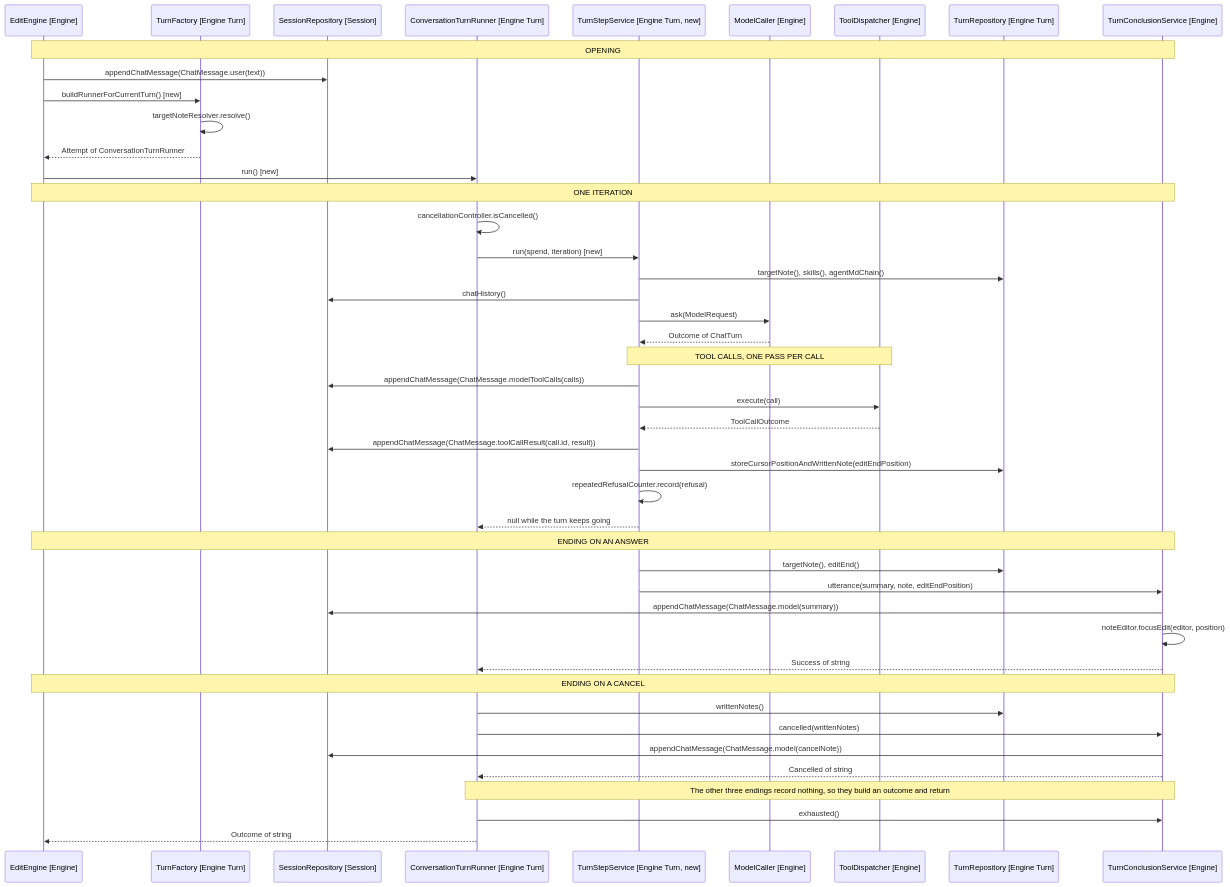
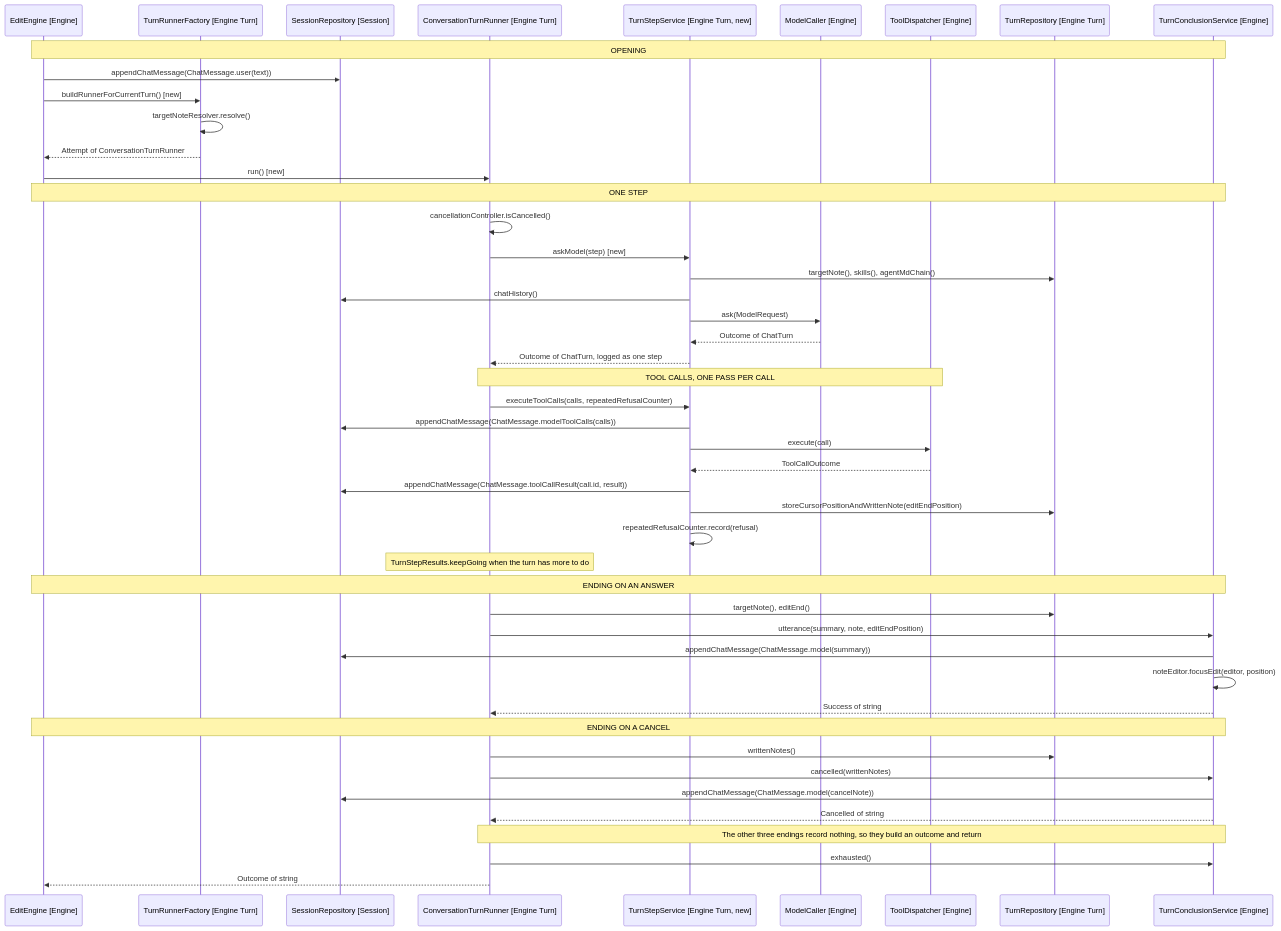
The diagram in docs/spec/17-layering/6-design-turn-sequence.md (iparips/obsidian-owl), drawn with Mermaid before and after one commit. The commit also changed other lines of this file and 5 other files, not shown here.

````diff
--- a/docs/spec/17-layering/6-design-turn-sequence.md
+++ b/docs/spec/17-layering/6-design-turn-sequence.md
@@ -7,53 +7,55 @@
 ```mermaid
 sequenceDiagram
     participant Engine as EditEngine [Engine]
-    participant Factory as TurnFactory [Engine Turn]
+    participant Factory as TurnRunnerFactory [Engine Turn]
     participant Session as SessionRepository [Session]
     participant Turn as ConversationTurnRunner [Engine Turn]
     participant StepService as TurnStepService [Engine Turn, new]
     participant Caller as ModelCaller [Engine]
     participant Dispatcher as ToolDispatcher [Engine]
     participant TurnRepo as TurnRepository [Engine Turn]
     participant Conclusion as TurnConclusionService [Engine]
 
     Note over Engine,Conclusion: OPENING
     Engine->>Session: appendChatMessage(ChatMessage.user(text))
     Engine->>Factory: buildRunnerForCurrentTurn() [new]
     Factory->>Factory: targetNoteResolver.resolve()
     Factory-->>Engine: Attempt of ConversationTurnRunner
     Engine->>Turn: run() [new]
 
-    Note over Engine,Conclusion: ONE ITERATION
+    Note over Engine,Conclusion: ONE STEP
     Turn->>Turn: cancellationController.isCancelled()
-    Turn->>StepService: run(spend, iteration) [new]
+    Turn->>StepService: askModel(step) [new]
     StepService->>TurnRepo: targetNote(), skills(), agentMdChain()
     StepService->>Session: chatHistory()
     StepService->>Caller: ask(ModelRequest)
     Caller-->>StepService: Outcome of ChatTurn
+    StepService-->>Turn: Outcome of ChatTurn, logged as one step
 
-    Note over StepService,Dispatcher: TOOL CALLS, ONE PASS PER CALL
+    Note over Turn,Dispatcher: TOOL CALLS, ONE PASS PER CALL
+    Turn->>StepService: executeToolCalls(calls, repeatedRefusalCounter)
     StepService->>Session: appendChatMessage(ChatMessage.modelToolCalls(calls))
     StepService->>Dispatcher: execute(call)
     Dispatcher-->>StepService: ToolCallOutcome
     StepService->>Session: appendChatMessage(ChatMessage.toolCallResult(call.id, result))
     StepService->>TurnRepo: storeCursorPositionAndWrittenNote(editEndPosition)
     StepService->>StepService: repeatedRefusalCounter.record(refusal)
-    StepService-->>Turn: null while the turn keeps going
+    Note over Turn: TurnStepResults.keepGoing when the turn has more to do
 
     Note over Engine,Conclusion: ENDING ON AN ANSWER
-    StepService->>TurnRepo: targetNote(), editEnd()
-    StepService->>Conclusion: utterance(summary, note, editEndPosition)
+    Turn->>TurnRepo: targetNote(), editEnd()
+    Turn->>Conclusion: utterance(summary, note, editEndPosition)
     Conclusion->>Session: appendChatMessage(ChatMessage.model(summary))
     Conclusion->>Conclusion: noteEditor.focusEdit(editor, position)
     Conclusion-->>Turn: Success of string
 
     Note over Engine,Conclusion: ENDING ON A CANCEL
     Turn->>TurnRepo: writtenNotes()
     Turn->>Conclusion: cancelled(writtenNotes)
     Conclusion->>Session: appendChatMessage(ChatMessage.model(cancelNote))
     Conclusion-->>Turn: Cancelled of string
 
     Note over Turn,Conclusion: The other three endings record nothing, so they build an outcome and return
     Turn->>Conclusion: exhausted()
     Turn-->>Engine: Outcome of string
 ```
````
